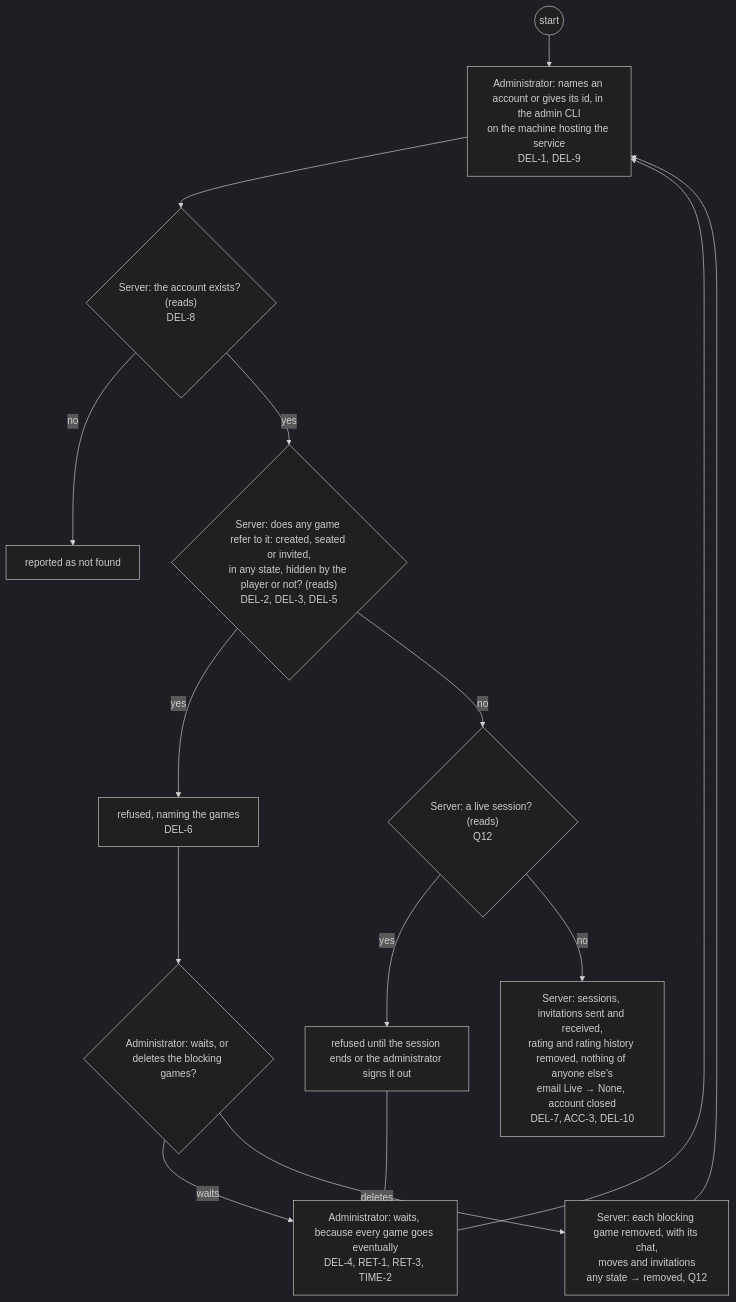
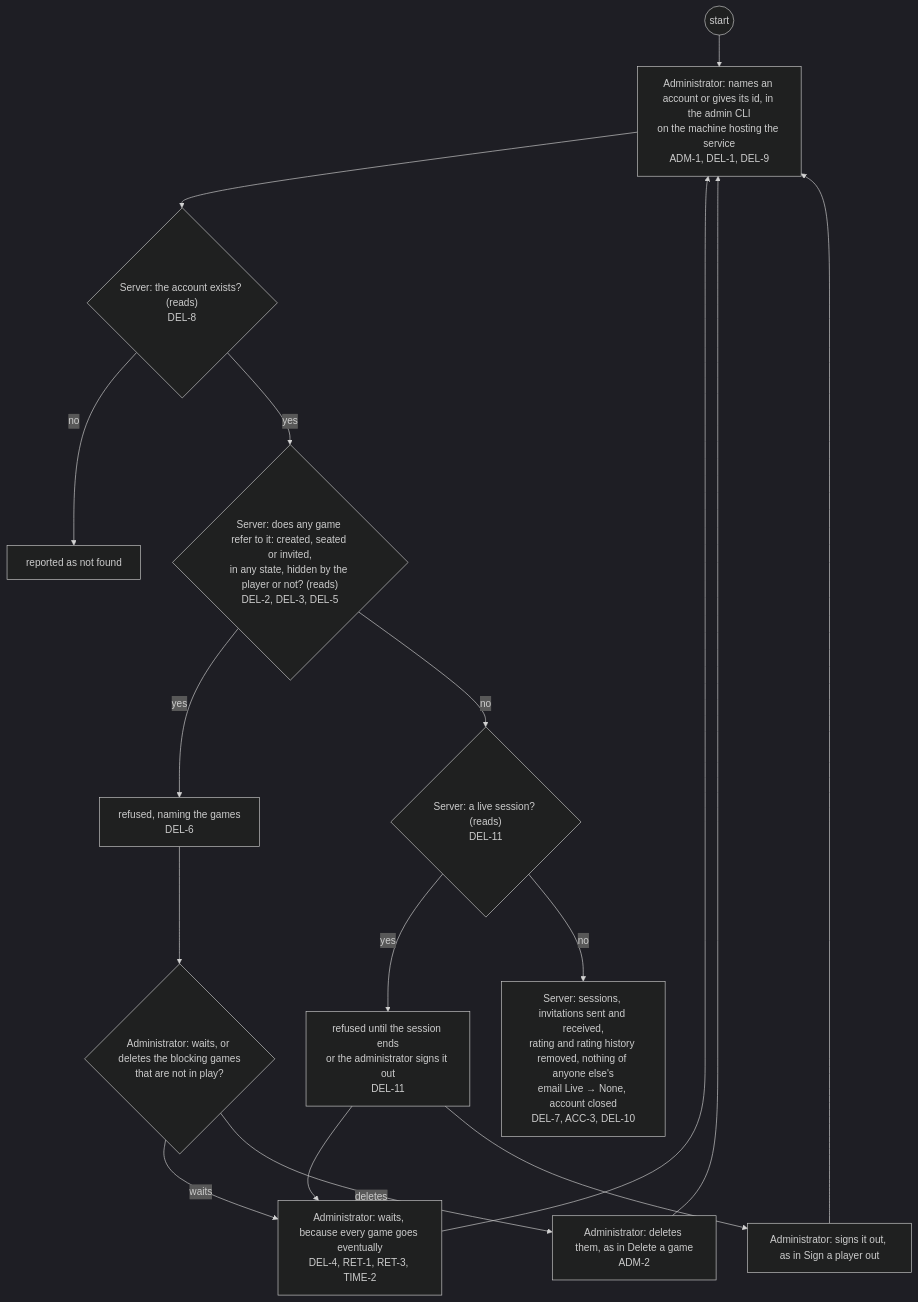
Before and after one commit to delphside/programme: diagram 26 of 31 in applications/tile-lite-elite/3.1.7-changes/workstreams/application-game-architecture/71-one-game-model/71-functional.md, drawn with Mermaid (dark theme). The commit also changed other lines of this file and 1 other file, not shown here.

````diff
--- a/applications/tile-lite-elite/3.1.7-changes/workstreams/application-game-architecture/71-one-game-model/71-functional.md
+++ b/applications/tile-lite-elite/3.1.7-changes/workstreams/application-game-architecture/71-one-game-model/71-functional.md
@@ -449,17 +460,19 @@
 ```mermaid
 flowchart TD
-  s0((start)) --> a1["Administrator: names an account or gives its id, in the admin CLI<br/>on the machine hosting the service<br/>DEL-1, DEL-9"]
+  s0((start)) --> a1["Administrator: names an account or gives its id, in the admin CLI<br/>on the machine hosting the service<br/>ADM-1, DEL-1, DEL-9"]
   a1 --> v1{"Server: the account exists? (reads)<br/>DEL-8"}
   v1 -- no --> r1["reported as not found"]
   v1 -- yes --> v2{"Server: does any game refer to it: created, seated or invited,<br/>in any state, hidden by the player or not? (reads)<br/>DEL-2, DEL-3, DEL-5"}
   v2 -- yes --> r2["refused, naming the games<br/>DEL-6"]
-  r2 --> d3{"Administrator: waits, or deletes the blocking games?"}
+  r2 --> d3{"Administrator: waits, or deletes the blocking games<br/>that are not in play?"}
   d3 -- waits --> w1["Administrator: waits, because every game goes eventually<br/>DEL-4, RET-1, RET-3, TIME-2"]
-  d3 -- deletes --> g1["Server: each blocking game removed, with its chat,<br/>moves and invitations<br/>any state → removed, Q12"]
+  d3 -- deletes --> g1["Administrator: deletes them, as in Delete a game<br/>ADM-2"]
   g1 --> a1
   w1 --> a1
-  v2 -- no --> v3{"Server: a live session? (reads)<br/>Q12"}
-  v3 -- yes --> r3["refused until the session ends or the administrator signs it out"]
+  v2 -- no --> v3{"Server: a live session? (reads)<br/>DEL-11"}
+  v3 -- yes --> r3["refused until the session ends<br/>or the administrator signs it out<br/>DEL-11"]
   r3 --> w1
+  r3 --> s1["Administrator: signs it out, as in Sign a player out"]
+  s1 --> a1
   v3 -- no --> t1["Server: sessions, invitations sent and received,<br/>rating and rating history removed, nothing of anyone else's<br/>email Live → None, account closed<br/>DEL-7, ACC-3, DEL-10"]
 ```
````
